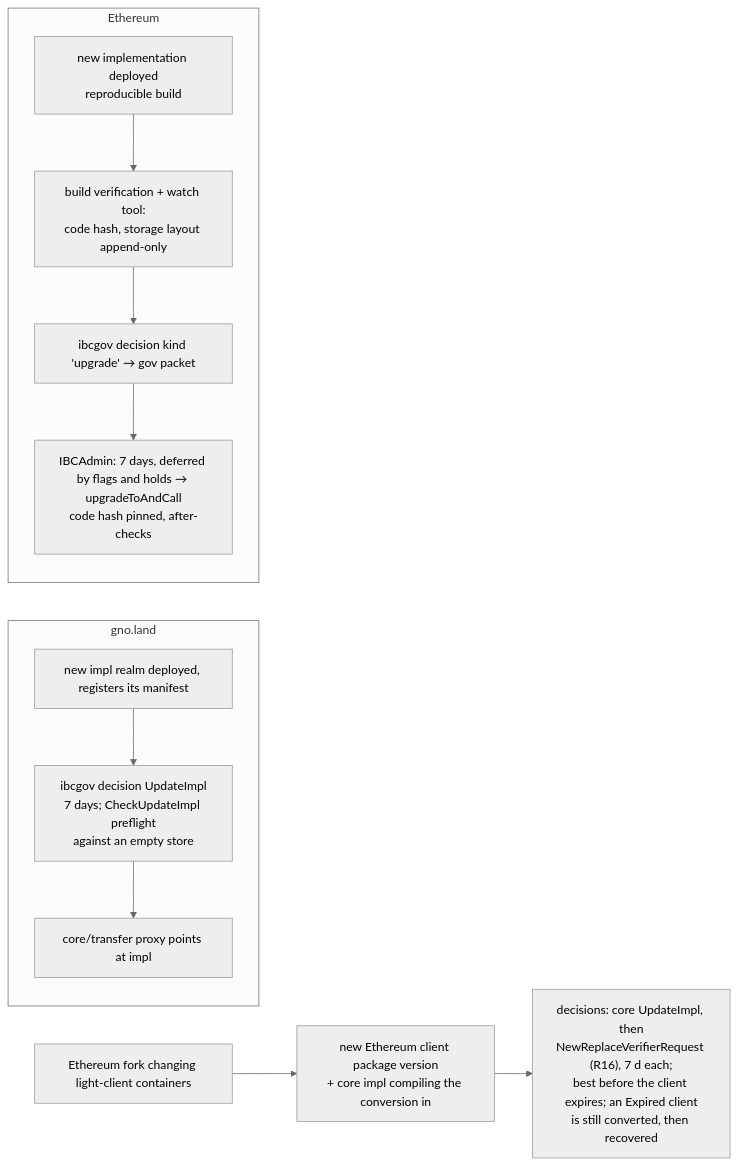
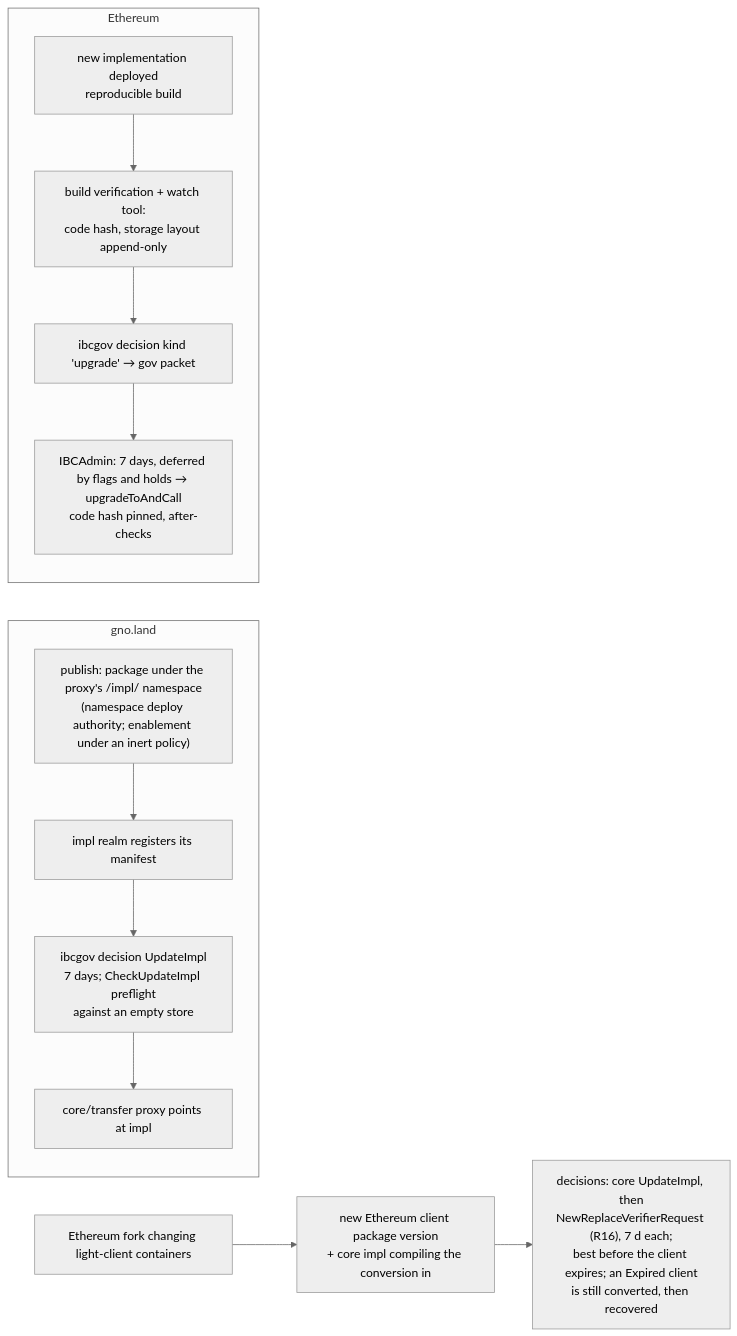
Diagram 13 of 13 in gno.land/adr/pr6375_ibc_ethereum.md (gnolang/gno), drawn with Mermaid (neutral theme) before and after one commit. The commit also changed other lines of this file, not shown here.

````diff
--- a/gno.land/adr/pr6375_ibc_ethereum.md
+++ b/gno.land/adr/pr6375_ibc_ethereum.md
@@ -793,12 +793,12 @@
 ```mermaid
 flowchart LR
   subgraph GNOUP[gno.land]
-    P1[new impl realm deployed, registers its manifest] --> P2["ibcgov decision UpdateImpl<br/>7 days; CheckUpdateImpl preflight<br/>against an empty store"] --> P3[core/transfer proxy points at impl]
+    P0["publish: package under the proxy's /impl/ namespace<br/>(namespace deploy authority; enablement under an inert policy)"] --> P1[impl realm registers its manifest] --> P2["ibcgov decision UpdateImpl<br/>7 days; CheckUpdateImpl preflight<br/>against an empty store"] --> P3[core/transfer proxy points at impl]
   end
   subgraph ETHUP[Ethereum]
     U1[new implementation deployed<br/>reproducible build] --> U2[build verification + watch tool:<br/>code hash, storage layout append-only]
     U2 --> U3[ibcgov decision kind 'upgrade' → gov packet]
     U3 --> U4[IBCAdmin: 7 days, deferred by flags and holds → upgradeToAndCall<br/>code hash pinned, after-checks]
   end
   F[Ethereum fork changing light-client containers] --> L1["new Ethereum client package version<br/>+ core impl compiling the conversion in"] --> L2["decisions: core UpdateImpl, then<br/>NewReplaceVerifierRequest (R16), 7 d each;<br/>best before the client expires; an Expired client<br/>is still converted, then recovered"]
 ```
````
